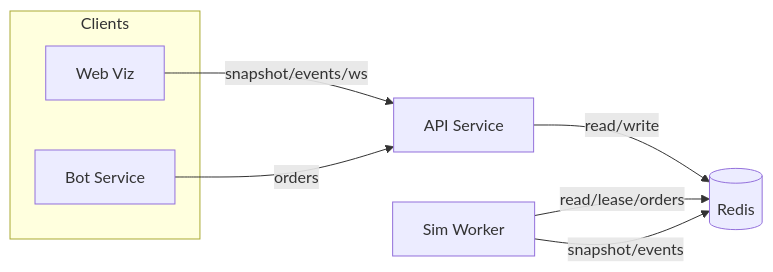
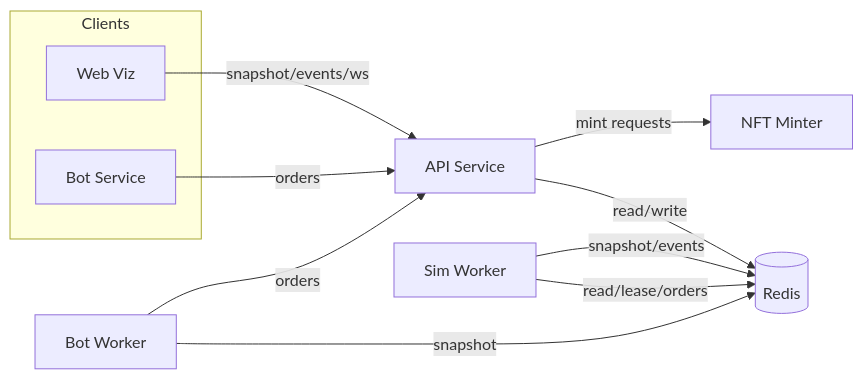
Before and after one commit to jseketa-fipu/sector: the first of 3 diagrams in README.md, drawn with Mermaid. The commit also changed other lines of this file, not shown here.

````diff
--- a/README.md
+++ b/README.md
@@ -73,17 +119,22 @@
 ```mermaid
 flowchart LR
   subgraph Clients
     VIZ[Web Viz]
     BOT[Bot Service]
   end
 
   API[API Service]
   WORKER[Sim Worker]
+  BOTW[Bot Worker]
   REDIS[(Redis)]
+  MINTER[NFT Minter]
 
   VIZ -- snapshot/events/ws --> API
   BOT -- orders --> API
   API -- read/write --> REDIS
   WORKER -- read/lease/orders --> REDIS
   WORKER -- snapshot/events --> REDIS
+  BOTW -- snapshot --> REDIS
+  BOTW -- orders --> API
+  API -- mint requests --> MINTER
 ```
````
